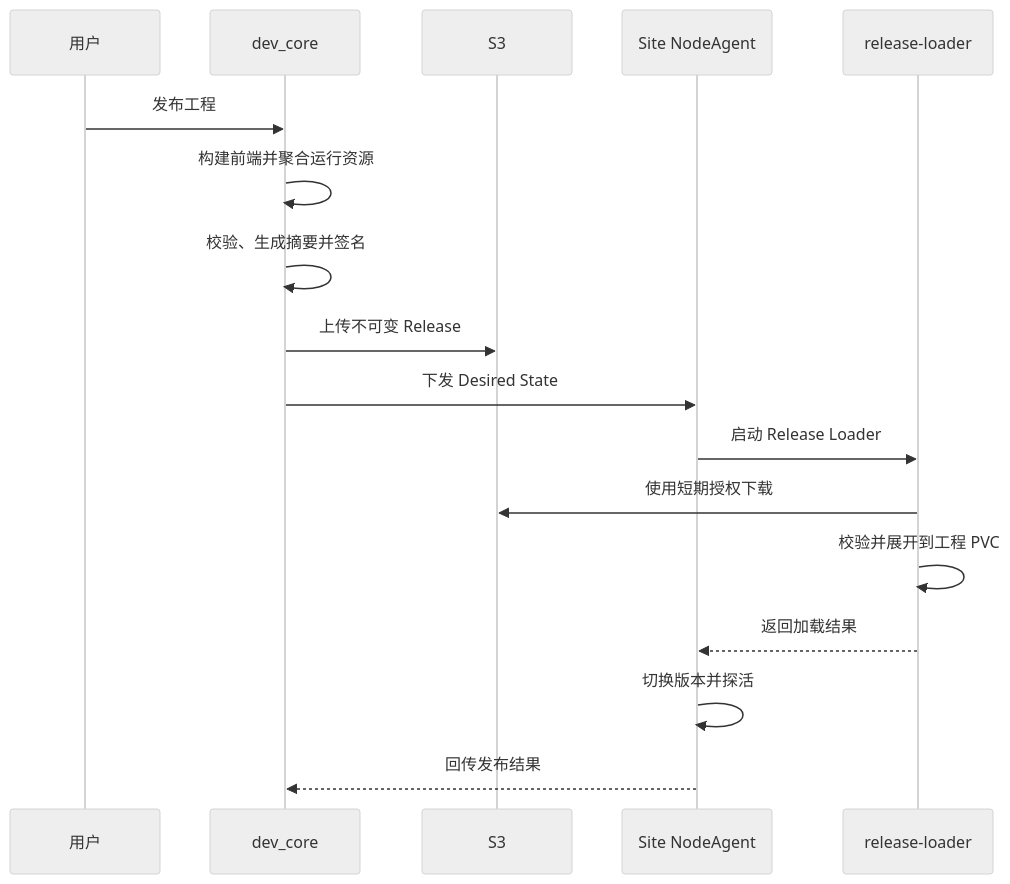
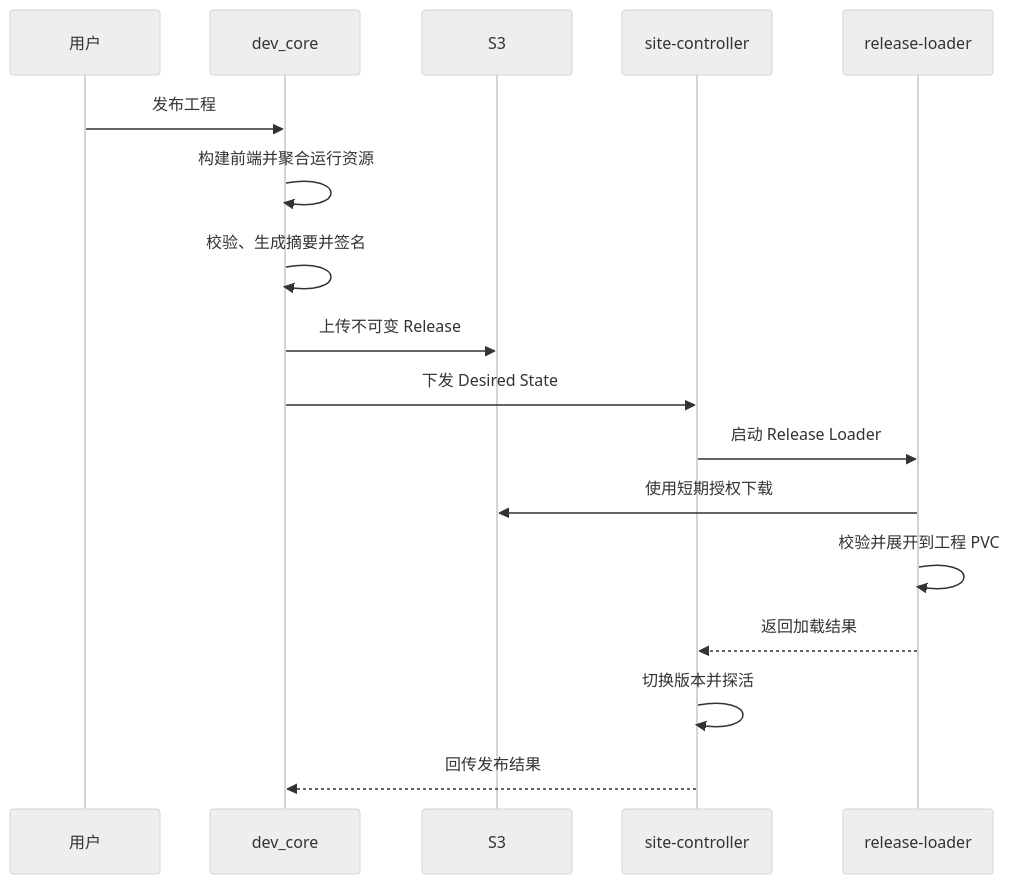
Before and after one commit to hsworld-top/InduForge: the third of 3 diagrams in docs/02-系统设计/工程发布与资源分发架构.md, drawn with Mermaid (neutral theme). The commit also changed other lines of this file and 14 other files, not shown here.

````diff
--- a/docs/02-系统设计/工程发布与资源分发架构.md
+++ b/docs/02-系统设计/工程发布与资源分发架构.md
@@ -70,19 +73,19 @@
 ```mermaid
 sequenceDiagram
     participant U as 用户
     participant C as dev_core
     participant S as S3
-    participant A as Site NodeAgent
+    participant A as site-controller
     participant L as release-loader
     U->>C: 发布工程
     C->>C: 构建前端并聚合运行资源
     C->>C: 校验、生成摘要并签名
     C->>S: 上传不可变 Release
     C->>A: 下发 Desired State
     A->>L: 启动 Release Loader
     L->>S: 使用短期授权下载
     L->>L: 校验并展开到工程 PVC
     L-->>A: 返回加载结果
     A->>A: 切换版本并探活
     A-->>C: 回传发布结果
 ```
````
